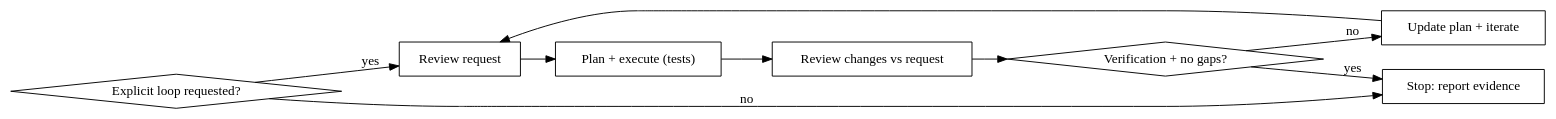
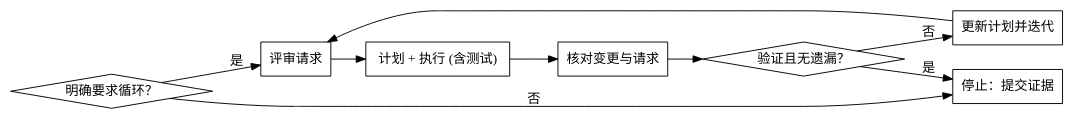
Before and after one commit to dacheng-gao/ai: the diagram in skills/loop-until-done/SKILL.md, drawn with Graphviz. The commit also changed other lines of this file and 14 other files, not shown here.

````diff
--- a/skills/loop-until-done/SKILL.md
+++ b/skills/loop-until-done/SKILL.md
@@ -22,19 +22,19 @@
 ```dot
 digraph loop_until_done {
     rankdir=LR;
-    start [label="Explicit loop requested?", shape=diamond];
-    review [label="Review request", shape=box];
-    plan [label="Plan + execute (tests)", shape=box];
-    check [label="Review changes vs request", shape=box];
-    verify [label="Verification + no gaps?", shape=diamond];
-    stop [label="Stop: report evidence", shape=box];
-    iterate [label="Update plan + iterate", shape=box];
+    start [label="明确要求循环？", shape=diamond];
+    review [label="评审请求", shape=box];
+    plan [label="计划 + 执行 (含测试)", shape=box];
+    check [label="核对变更与请求", shape=box];
+    verify [label="验证且无遗漏？", shape=diamond];
+    stop [label="停止：提交证据", shape=box];
+    iterate [label="更新计划并迭代", shape=box];
 
-    start -> review [label="yes"];
-    start -> stop [label="no"];
+    start -> review [label="是"];
+    start -> stop [label="否"];
     review -> plan -> check -> verify;
-    verify -> stop [label="yes"];
-    verify -> iterate [label="no"];
+    verify -> stop [label="是"];
+    verify -> iterate [label="否"];
     iterate -> review;
 }
 ```
````
